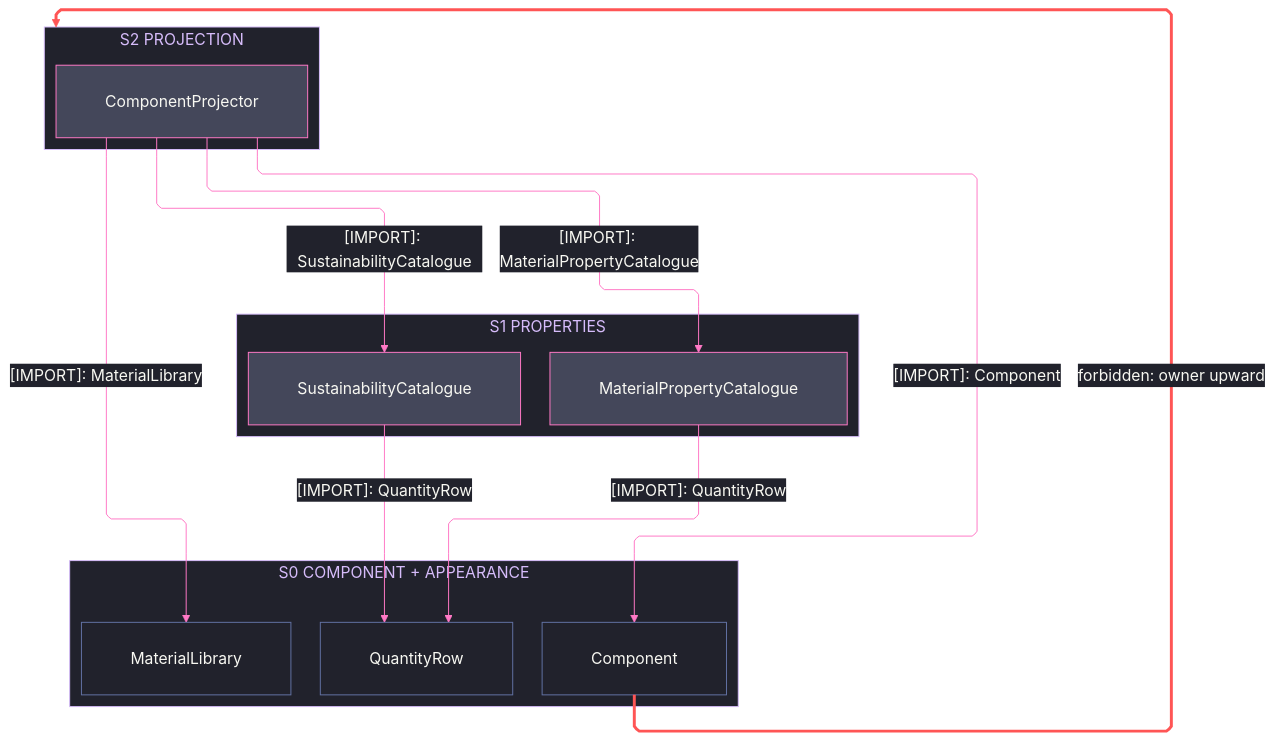
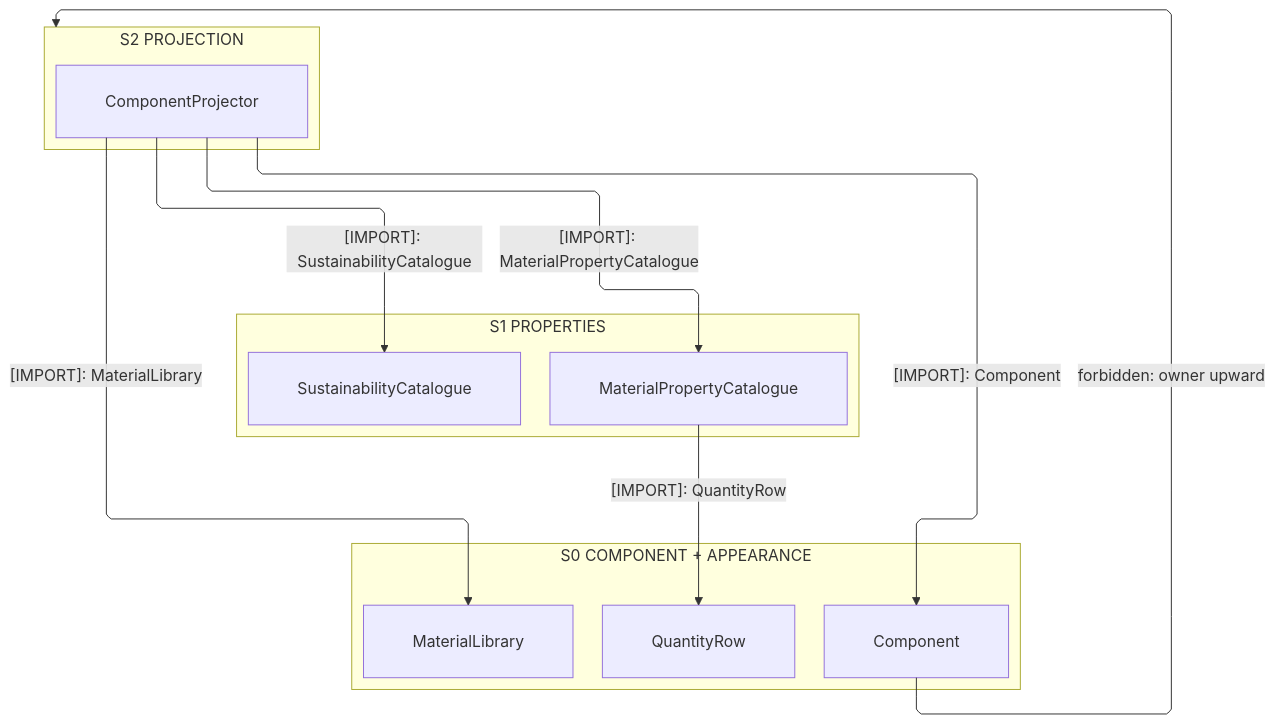
The first of 3 diagrams in libs/csharp/Rasm.Materials/ARCHITECTURE.md (bsamiee/Rasm), drawn with Mermaid before and after one commit. The commit also changed other lines of this file and 460 other files, not shown here.

````diff
--- a/libs/csharp/Rasm.Materials/ARCHITECTURE.md
+++ b/libs/csharp/Rasm.Materials/ARCHITECTURE.md
@@ -49,58 +49,30 @@
 ```mermaid
 ---
 config:
-  theme: base
-  look: classic
   layout: elk
   flowchart:
     curve: linear
     padding: 25
-  themeVariables:
-    darkMode: true
-    fontFamily: "SF Mono, Menlo, Cascadia Mono, Segoe UI Mono, Consolas, monospace"
-    useGradient: false
-    dropShadow: "none"
-    background: "#282A36"
-    primaryColor: "#44475A"
-    primaryTextColor: "#F8F8F2"
-    primaryBorderColor: "#BD93F9"
-    lineColor: "#FF79C6"
-    textColor: "#F8F8F2"
-    clusterBkg: "#21222C"
-    clusterBorder: "#D6BCFA"
-    edgeLabelBackground: "#21222C"
-    labelBackgroundColor: "#21222C"
-    titleColor: "#D6BCFA"
-  themeCSS: ".nodeLabel{font-size:13px;font-weight:500}.edgeLabel{font-size:12px;font-weight:500}.cluster-label .nodeLabel{font-size:13.5px;font-weight:700;letter-spacing:.08em}.edge-thickness-normal{stroke-width:2px}.edge-thickness-thick{stroke-width:3px}.edge-pattern-dashed,.edge-pattern-dotted{stroke-width:1.5px;stroke-dasharray:4 6}.node rect,.node circle,.node polygon,.node path,.node .outer-path{stroke-width:1.5px;filter:none!important}.cluster rect{stroke-width:1px!important;stroke-dasharray:5 4!important;filter:none!important}.marker path{transform:scale(.8);transform-origin:5px 5px}.marker circle{transform:scale(.48);transform-origin:5px 5px}.edgeLabel rect{transform-box:fill-box;transform-origin:center;transform:scale(1.1,1.2)}"
 ---
 flowchart TB
     accTitle: Rasm.Materials interior strata
-    accDescr: Three stacked strata from the one component projector through the property catalogues onto the peer component and appearance owners, every consumption edge downward and solid naming one sourced type, and one forbidden upward edge styled red.
+    accDescr: Three stacked strata from the one component projector through the property catalogues onto the peer component and appearance owners, every consumption edge downward naming one sourced type, and one forbidden upward edge marked.
     subgraph L2["S2 PROJECTION"]
         Projector[ComponentProjector]
     end
     subgraph L1["S1 PROPERTIES"]
         Catalogue[MaterialPropertyCatalogue]
         Sustainability[SustainabilityCatalogue]
     end
     subgraph L0["S0 COMPONENT + APPEARANCE"]
         Component[Component]
         QuantityRow[QuantityRow]
         Library[MaterialLibrary]
     end
     Projector e1@-->|"[IMPORT]: MaterialPropertyCatalogue"| Catalogue
     Projector e2@-->|"[IMPORT]: SustainabilityCatalogue"| Sustainability
     Projector e3@-->|"[IMPORT]: Component"| Component
     Projector e4@-->|"[IMPORT]: MaterialLibrary"| Library
     Catalogue e5@-->|"[IMPORT]: QuantityRow"| QuantityRow
-    Sustainability e6@-->|"[IMPORT]: QuantityRow"| QuantityRow
     Component f1@-->|"forbidden: owner upward"| L2
-    classDef primary fill:#44475A,stroke:#FF79C6,color:#F8F8F2
-    classDef recessed fill:#21222C,stroke:#6272A4,color:#F8F8F2
-    classDef edgeControl stroke:#FF79C6,color:#F8F8F2
-    classDef edgeError stroke:#FF5555,stroke-width:3px,color:#F8F8F2
-    class Projector,Catalogue,Sustainability primary
-    class Component,QuantityRow,Library recessed
-    class e1,e2,e3,e4,e5,e6 edgeControl
-    class f1 edgeError
 ```
````
